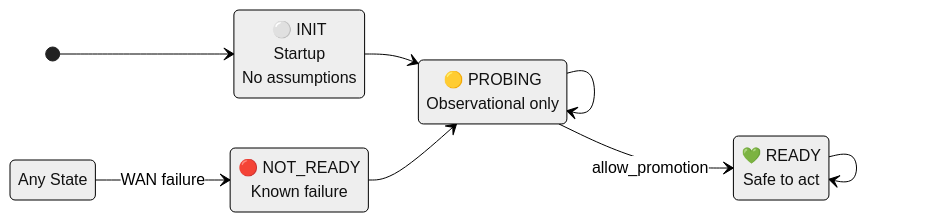
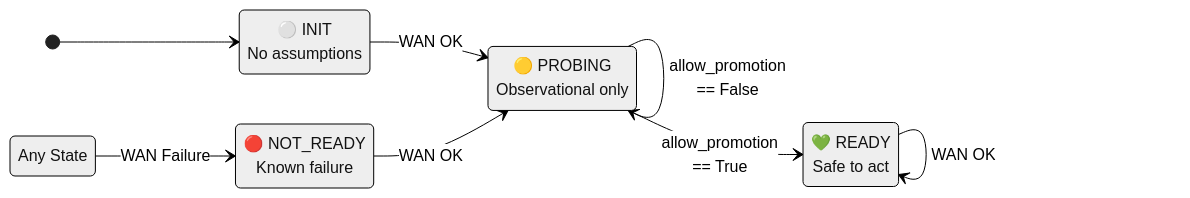
The fourth of 5 diagrams in docs/ARCHITECTURE.md (bkaewell/cloudflare-verified-ddns), drawn with Mermaid (neutral theme) before and after one commit.

Commit message:
Minor update to FSM

````diff
--- a/docs/ARCHITECTURE.md
+++ b/docs/ARCHITECTURE.md
@@ -142,23 +142,23 @@
 ```mermaid
 stateDiagram-v2
     direction LR
 
-    INIT: ⚪ INIT<br/>Startup<br/>No assumptions
+    INIT: ⚪ INIT<br/>No assumptions
     PROBING: 🟡 PROBING<br/>Observational only
     READY: 💚 READY<br/>Safe to act
     NOT_READY: 🔴 NOT_READY<br/>Known failure
 
     [*] --> INIT
 
-    INIT --> PROBING
-    NOT_READY --> PROBING
+    INIT --> PROBING : WAN OK
+    NOT_READY --> PROBING : WAN OK
 
-    PROBING --> READY : allow_promotion
-    PROBING --> PROBING
+    PROBING --> READY : allow_promotion<br/> == True
+    PROBING --> PROBING : allow_promotion<br/> == False
 
-    READY --> READY
+    READY --> READY : WAN OK
 
     %% Global failure invariant
     state "Any State" as ANY
-    ANY --> NOT_READY : WAN failure
+    ANY --> NOT_READY : WAN Failure
 ```
````
